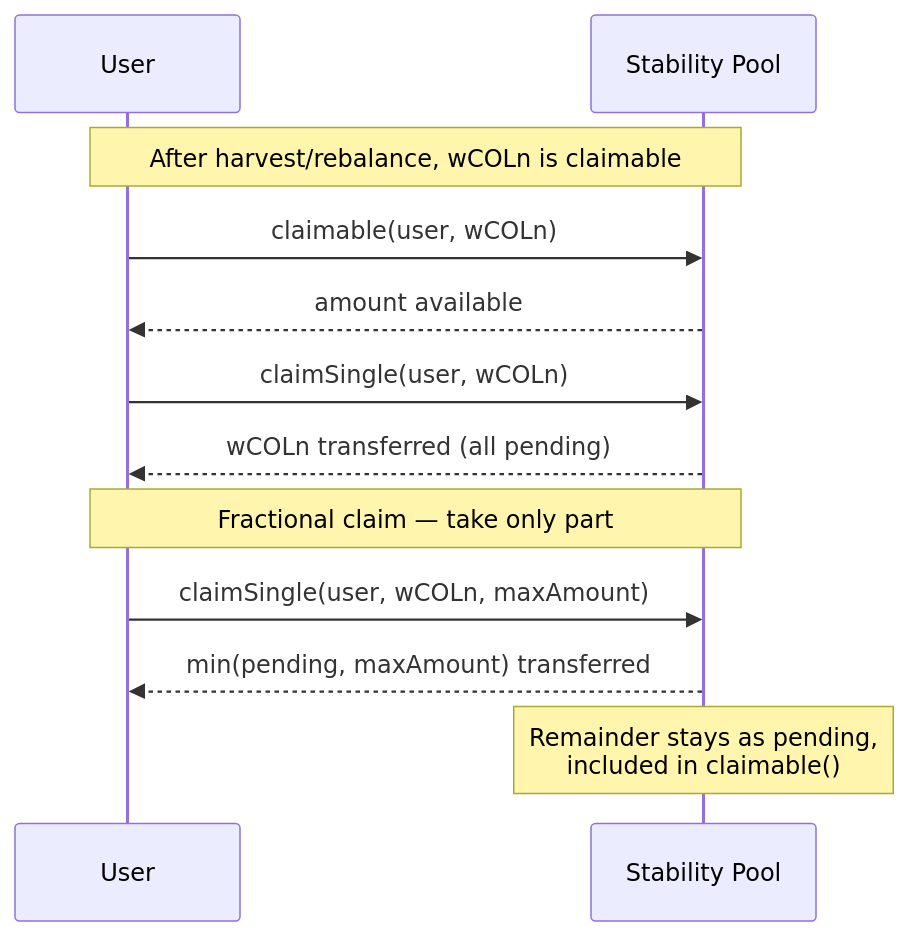
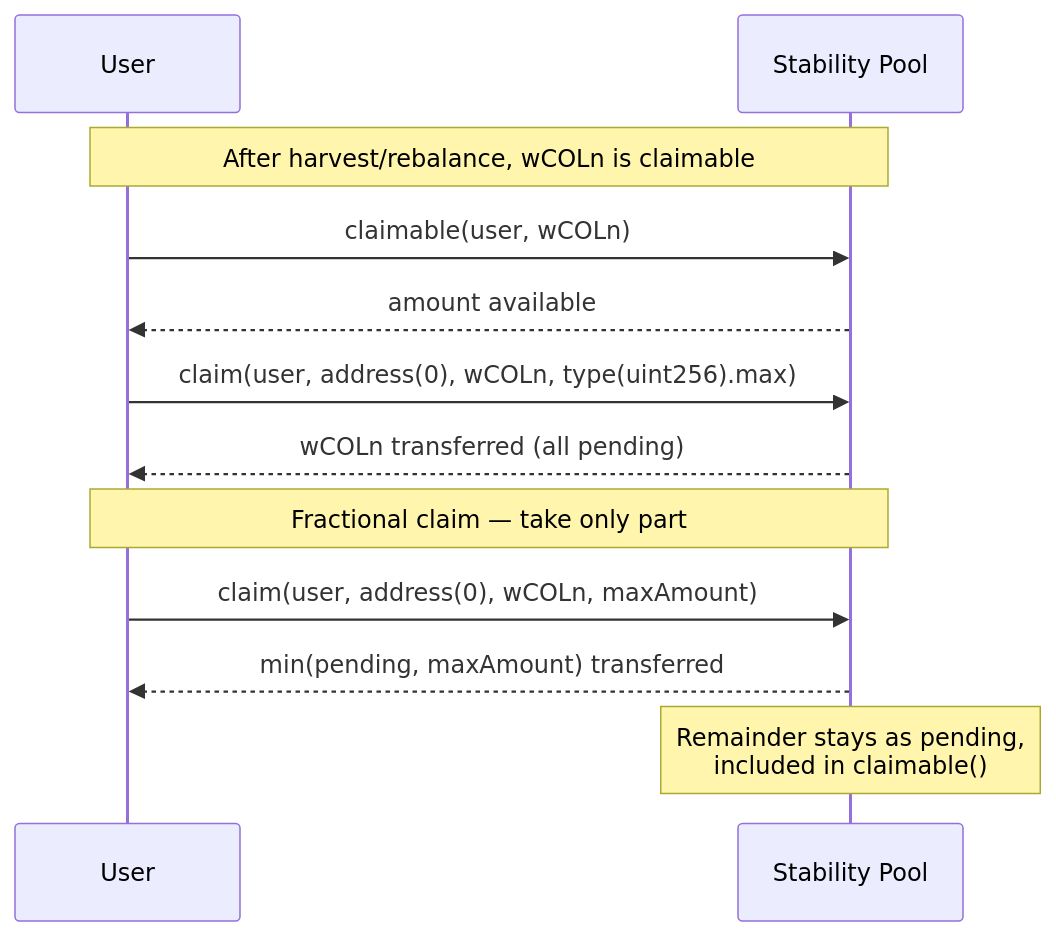
One commit to baofinance/harbor changed the third of 8 diagrams in doc/ideas/autocompounding-vault-design.md. Above: the diagram before and after it, drawn with Mermaid. The commit also changed other lines of this file and 2 other files, not shown here.

````diff
--- a/doc/ideas/autocompounding-vault-design.md
+++ b/doc/ideas/autocompounding-vault-design.md
@@ -89,18 +89,18 @@
 ```mermaid
 sequenceDiagram
     participant User
     participant SP as Stability Pool
 
     Note over User,SP: After harvest/rebalance, wCOLn is claimable
 
     User->>SP: claimable(user, wCOLn)
     SP-->>User: amount available
-    User->>SP: claimSingle(user, wCOLn)
+    User->>SP: claim(user, address(0), wCOLn, type(uint256).max)
     SP-->>User: wCOLn transferred (all pending)
 
     Note over User,SP: Fractional claim — take only part
 
-    User->>SP: claimSingle(user, wCOLn, maxAmount)
+    User->>SP: claim(user, address(0), wCOLn, maxAmount)
     SP-->>User: min(pending, maxAmount) transferred
     Note over SP: Remainder stays as pending,<br/>included in claimable()
 ```
````
